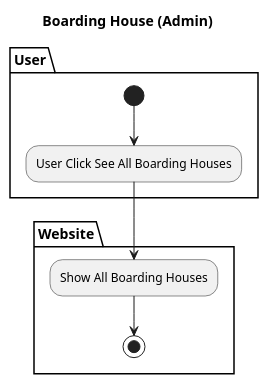
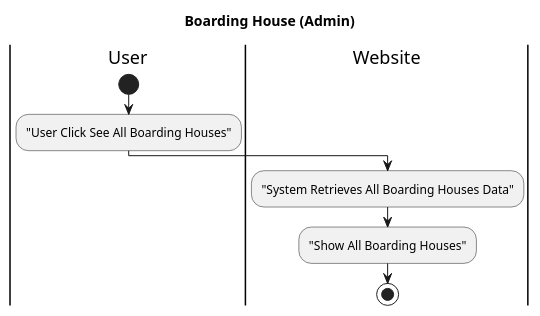
One commit to AntWort21/BHFMS changed the diagram in Design/BHFMS_ACTIVITY/Boarding House (Admin) View.puml. Above: the diagram before and after it, drawn with PlantUML. The commit also changed 9 other files, not shown here.

Commit message:
Update all Activity Diagram w/ Swimlane

```diff
--- a/Design/BHFMS_ACTIVITY/Boarding House (Admin) View.puml
+++ b/Design/BHFMS_ACTIVITY/Boarding House (Admin) View.puml
@@ -1,11 +1,13 @@
 @startuml
 title Boarding House (Admin)
-partition User {
-(*)  --> "User Click See All Boarding Houses"
-}
+|User|
+start 
+:"User Click See All Boarding Houses";
 
-partition Website {
-"User Click See All Boarding Houses" --> "Show All Boarding Houses"
---> (*)
-}
+
+|Website|
+:"System Retrieves All Boarding Houses Data";
+:"Show All Boarding Houses";
+stop
+
 @enduml
```
